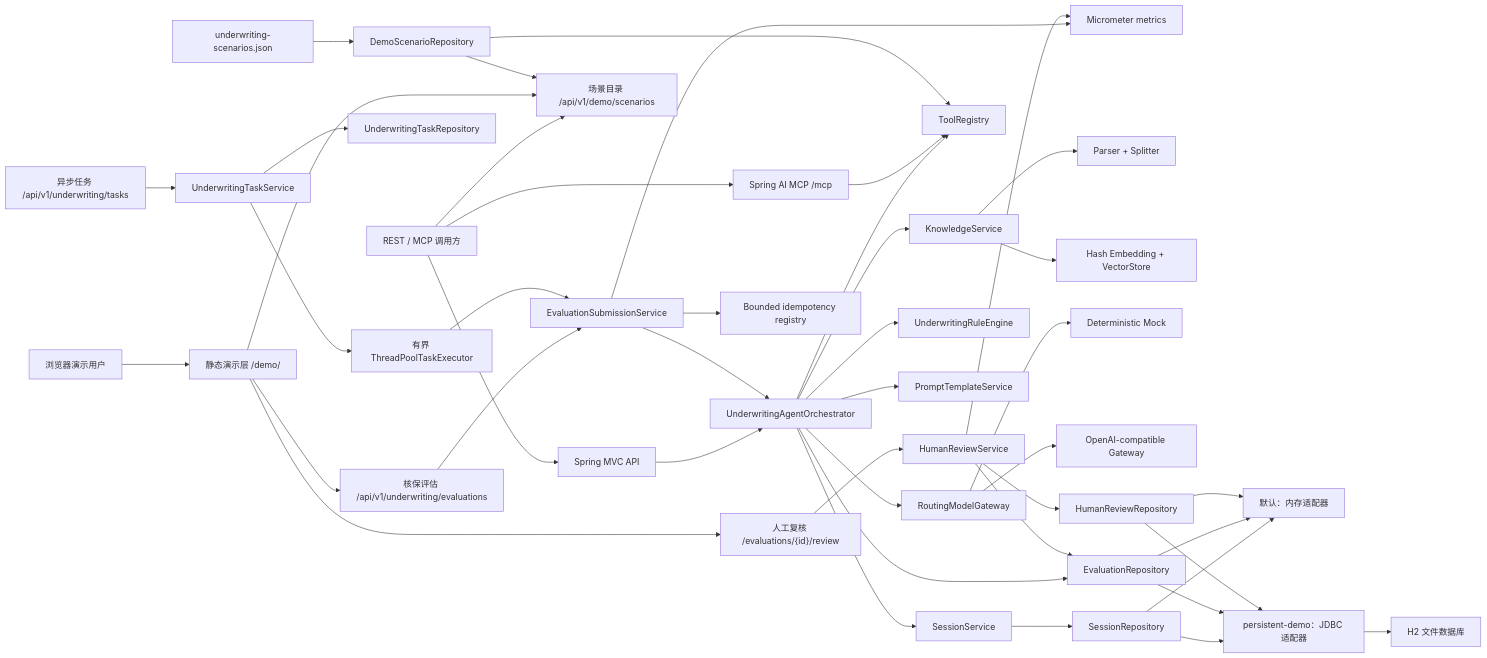
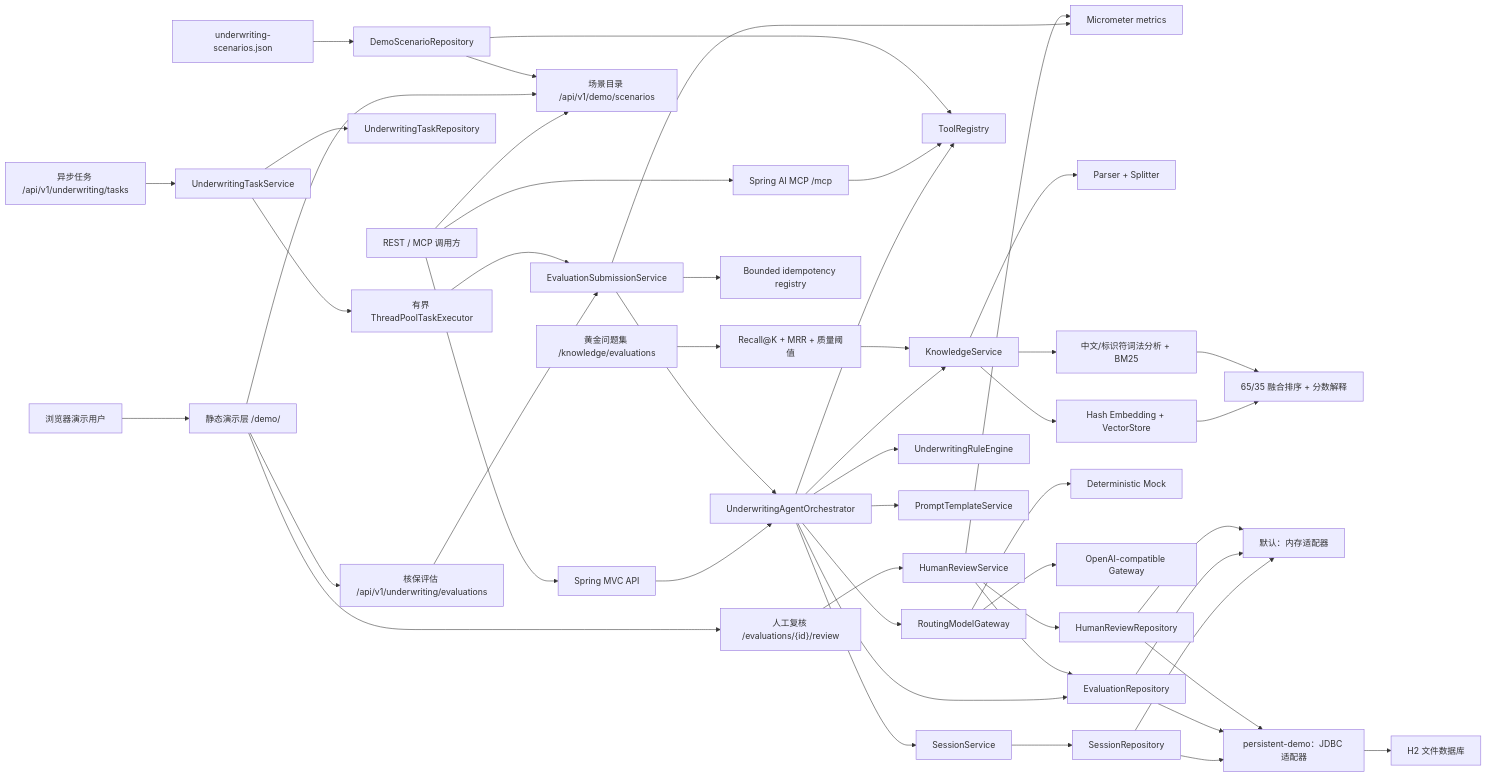
One commit to hrniux/insurance-underwriting-agent-demo changed the first of 2 diagrams in docs/ARCHITECTURE.md. Above: the diagram before and after it, drawn with Mermaid. The commit also changed other lines of this file and 20 other files, not shown here.

````diff
--- a/docs/ARCHITECTURE.md
+++ b/docs/ARCHITECTURE.md
@@ -11,46 +11,51 @@
 ```mermaid
 flowchart LR
     User["REST / MCP 调用方"] --> API["Spring MVC API"]
     User --> MCP["Spring AI MCP /mcp"]
     User --> DemoAPI["场景目录 /api/v1/demo/scenarios"]
     DemoUser["浏览器演示用户"] --> Console["静态演示层 /demo/"]
     Console --> DemoAPI
     Console --> EvaluationAPI["核保评估 /api/v1/underwriting/evaluations"]
     Console --> ReviewAPI["人工复核 /evaluations/{id}/review"]
     API --> Agent["UnderwritingAgentOrchestrator"]
     EvaluationAPI --> Submission["EvaluationSubmissionService"]
     TaskAPI["异步任务 /api/v1/underwriting/tasks"] --> TaskService["UnderwritingTaskService"]
     TaskService --> TaskRepository["UnderwritingTaskRepository"]
     TaskService --> TaskExecutor["有界 ThreadPoolTaskExecutor"]
     TaskExecutor --> Submission
     Submission --> Agent
     Submission --> Metrics["Micrometer metrics"]
     Submission --> Idempotency["Bounded idempotency registry"]
     Agent --> Session["SessionService"]
     Agent --> Tools["ToolRegistry"]
     MCP --> Tools
     Data["underwriting-scenarios.json"] --> Scenarios["DemoScenarioRepository"]
     Scenarios --> Tools
     Scenarios --> DemoAPI
     Agent --> RAG["KnowledgeService"]
     RAG --> Split["Parser + Splitter"]
     RAG --> Vector["Hash Embedding + VectorStore"]
+    RAG --> Lexical["中文/标识符词法分析 + BM25"]
+    Vector --> Fusion["65/35 融合排序 + 分数解释"]
+    Lexical --> Fusion
+    EvalAPI["黄金问题集 /knowledge/evaluations"] --> RAGEval["Recall@K + MRR + 质量阈值"]
+    RAGEval --> RAG
     Agent --> Rules["UnderwritingRuleEngine"]
     Agent --> Prompt["PromptTemplateService"]
     Agent --> Router["RoutingModelGateway"]
     Router --> Mock["Deterministic Mock"]
     Router --> Compatible["OpenAI-compatible Gateway"]
     Agent --> Evaluation["EvaluationRepository"]
     Session --> SessionRepository["SessionRepository"]
     ReviewAPI --> ReviewService["HumanReviewService"]
     ReviewService --> Evaluation
     ReviewService --> ReviewRepository["HumanReviewRepository"]
     ReviewService --> Metrics
     SessionRepository --> MemoryAdapters["默认：内存适配器"]
     Evaluation --> MemoryAdapters
     ReviewRepository --> MemoryAdapters
     SessionRepository --> JdbcAdapters["persistent-demo：JDBC 适配器"]
     Evaluation --> JdbcAdapters
     ReviewRepository --> JdbcAdapters
     JdbcAdapters --> H2["H2 文件数据库"]
 ```
````
